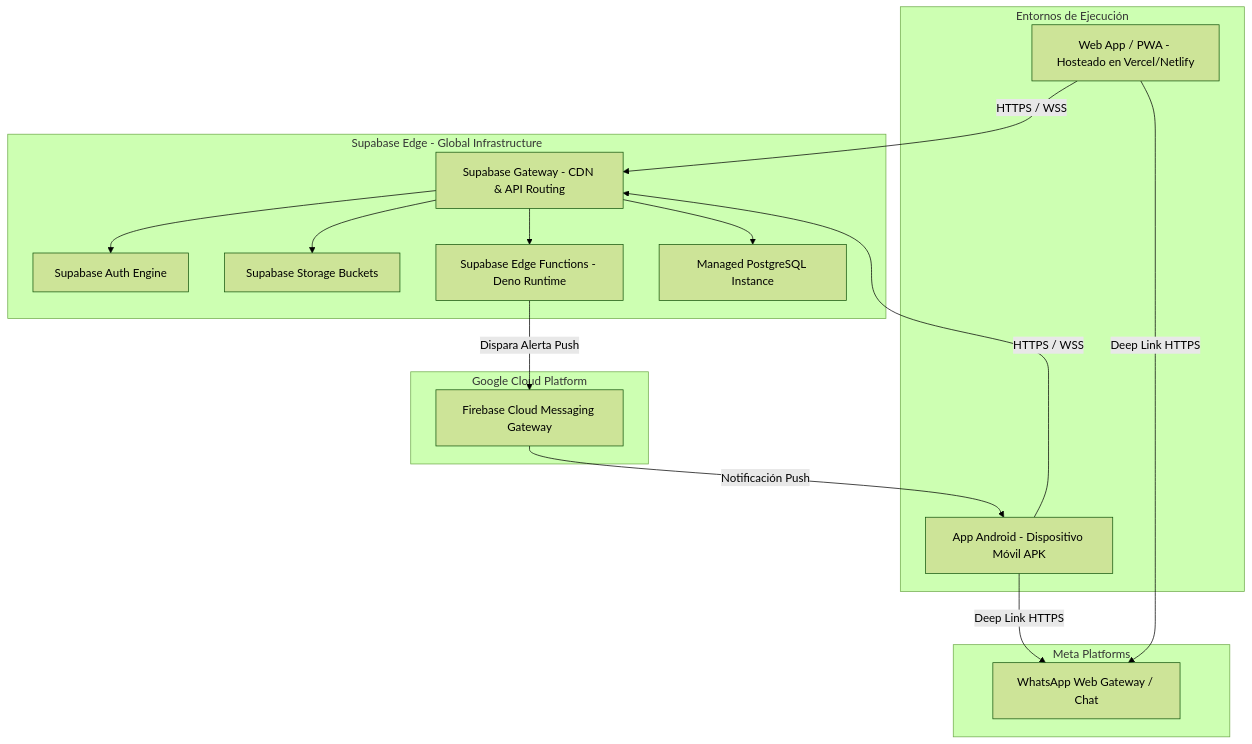
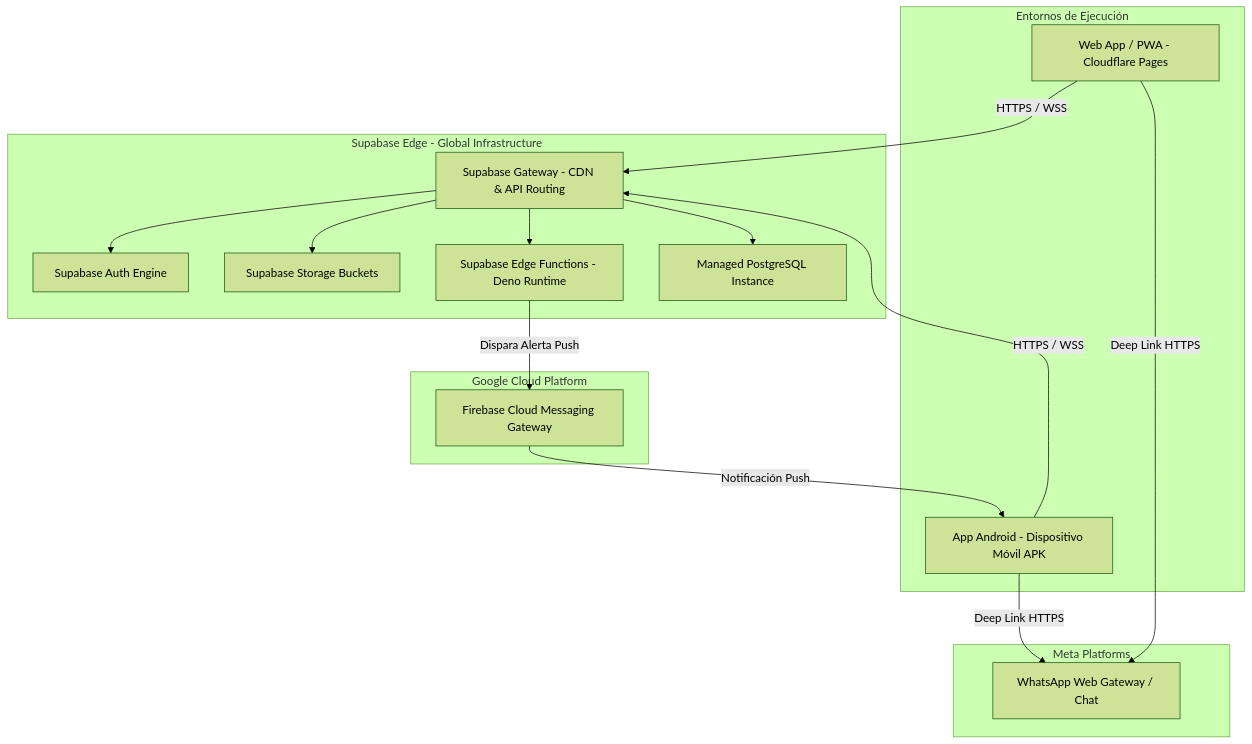
One commit to jhoecornelio423-lang/UCV-Market changed the sixth of 6 diagrams in docs/02_architecture_and_uml.md. Above: the diagram before and after it, drawn with Mermaid (forest theme). The commit also changed other lines of this file and 37 other files, not shown here.

````diff
--- a/docs/02_architecture_and_uml.md
+++ b/docs/02_architecture_and_uml.md
@@ -295,33 +295,33 @@
 ```mermaid
 graph TD
     subgraph Clientes [Entornos de Ejecución]
-        PWA[Web App / PWA - Hosteado en Vercel/Netlify]
+        PWA[Web App / PWA - Cloudflare Pages]
         Android[App Android - Dispositivo Móvil APK]
     end
 
     subgraph Cloud_Supabase [Supabase Edge - Global Infrastructure]
         SupaAPI[Supabase Gateway - CDN & API Routing]
         AuthEngine[Supabase Auth Engine]
         StorageEngine[Supabase Storage Buckets]
         EdgeEngine[Supabase Edge Functions - Deno Runtime]
         DBInstance[Managed PostgreSQL Instance]
     end
 
     subgraph Firebase [Google Cloud Platform]
         FCMServer[Firebase Cloud Messaging Gateway]
     end
 
     subgraph WhatsApp_API [Meta Platforms]
         WA[WhatsApp Web Gateway / Chat]
     end
 
     PWA & Android -->|HTTPS / WSS| SupaAPI
     SupaAPI --> AuthEngine
     SupaAPI --> StorageEngine
     SupaAPI --> EdgeEngine
     SupaAPI --> DBInstance
     
     EdgeEngine -->|Dispara Alerta Push| FCMServer
     FCMServer -->|Notificación Push| Android
     PWA & Android -->|Deep Link HTTPS| WA
 ```
````
